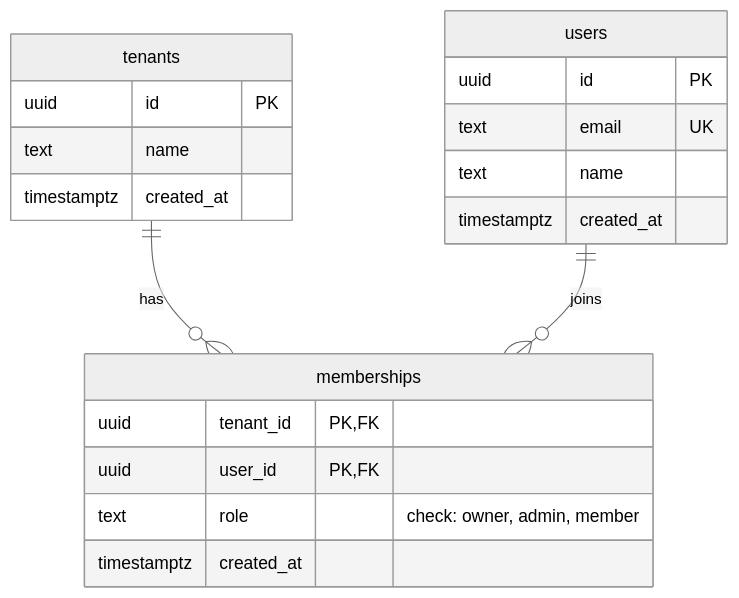
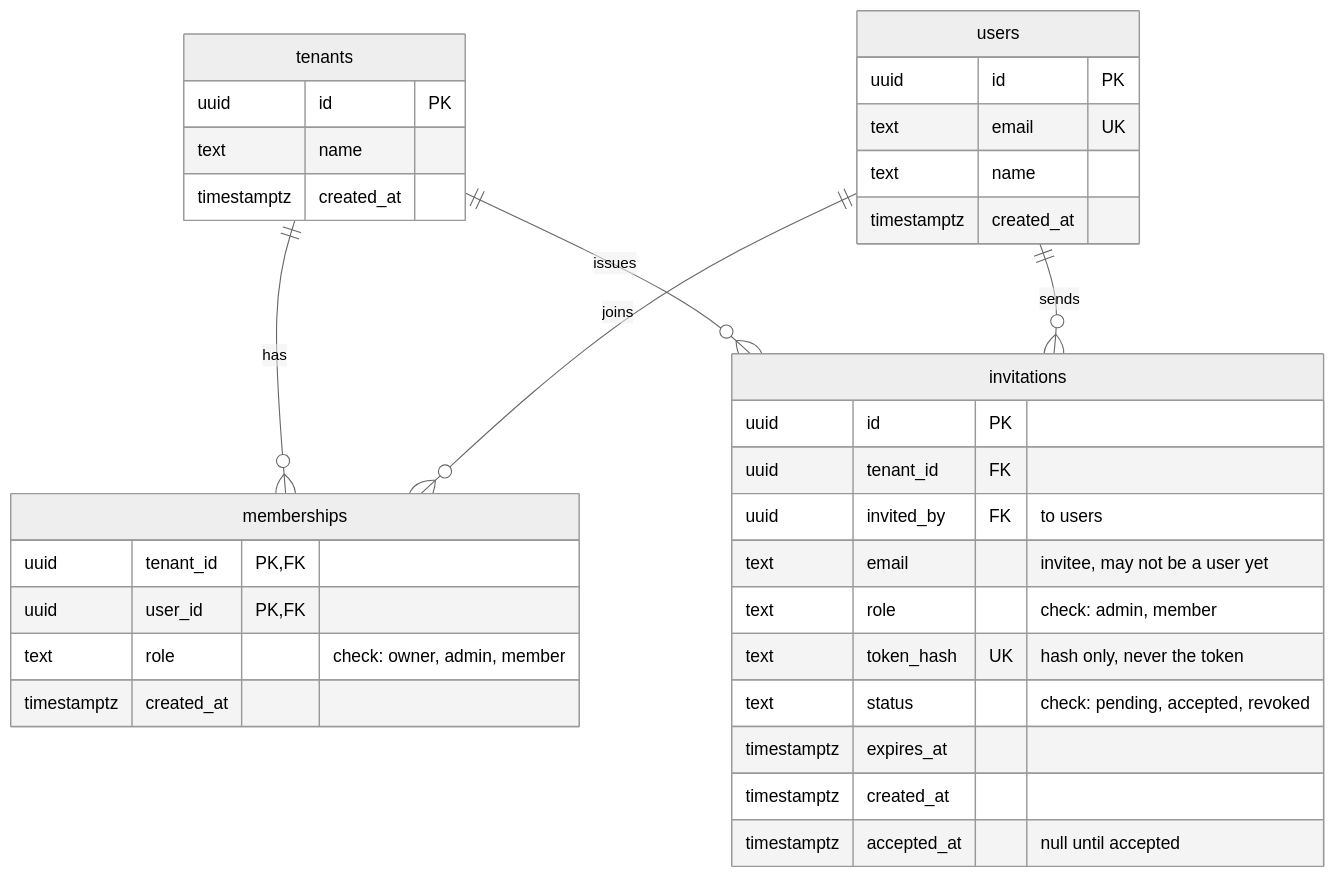
One commit to ronz204/poc-data-access changed the second of 7 diagrams in drizzle/DIAGRAM.md. Above: the diagram before and after it, drawn with Mermaid (neutral theme). The commit also changed other lines of this file and 4 other files, not shown here.

First line of the commit message:
docs(kb): model invitations in platform schema

````diff
--- a/drizzle/DIAGRAM.md
+++ b/drizzle/DIAGRAM.md
@@ -100,22 +103,36 @@
 ```mermaid
 erDiagram
     tenants {
         uuid id PK
         text name
         timestamptz created_at
     }
     users {
         uuid id PK
         text email UK
         text name
         timestamptz created_at
     }
     memberships {
         uuid tenant_id PK, FK
         uuid user_id PK, FK
         text role "check: owner, admin, member"
         timestamptz created_at
     }
+    invitations {
+        uuid id PK
+        uuid tenant_id FK
+        uuid invited_by FK "to users"
+        text email "invitee, may not be a user yet"
+        text role "check: admin, member"
+        text token_hash UK "hash only, never the token"
+        text status "check: pending, accepted, revoked"
+        timestamptz expires_at
+        timestamptz created_at
+        timestamptz accepted_at "null until accepted"
+    }
     tenants ||--o{ memberships : has
     users ||--o{ memberships : joins
+    tenants ||--o{ invitations : issues
+    users ||--o{ invitations : sends
 ```
````
